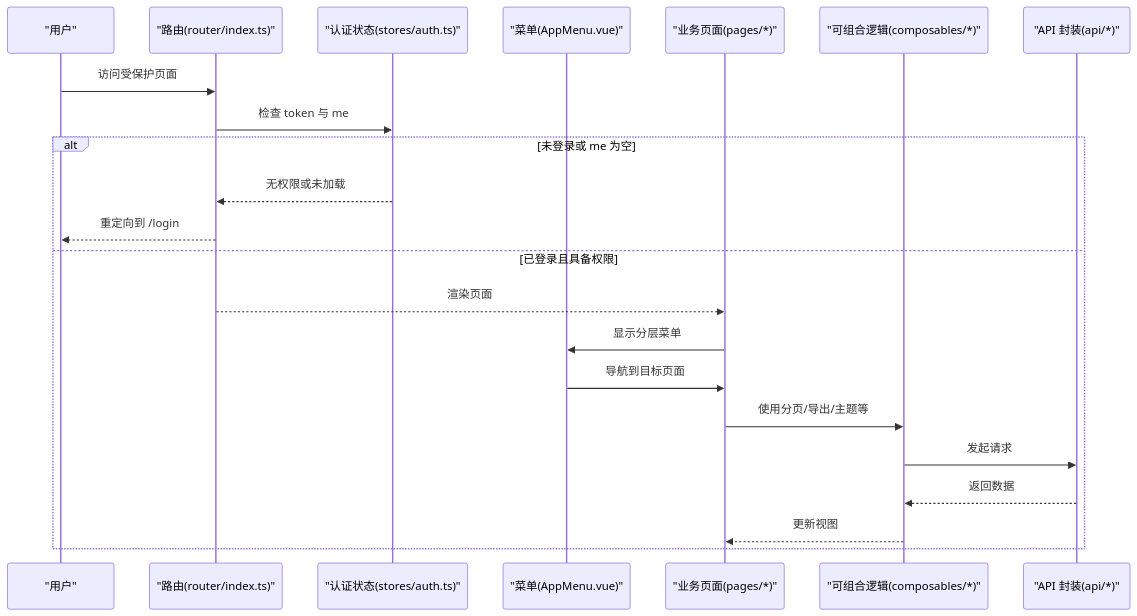
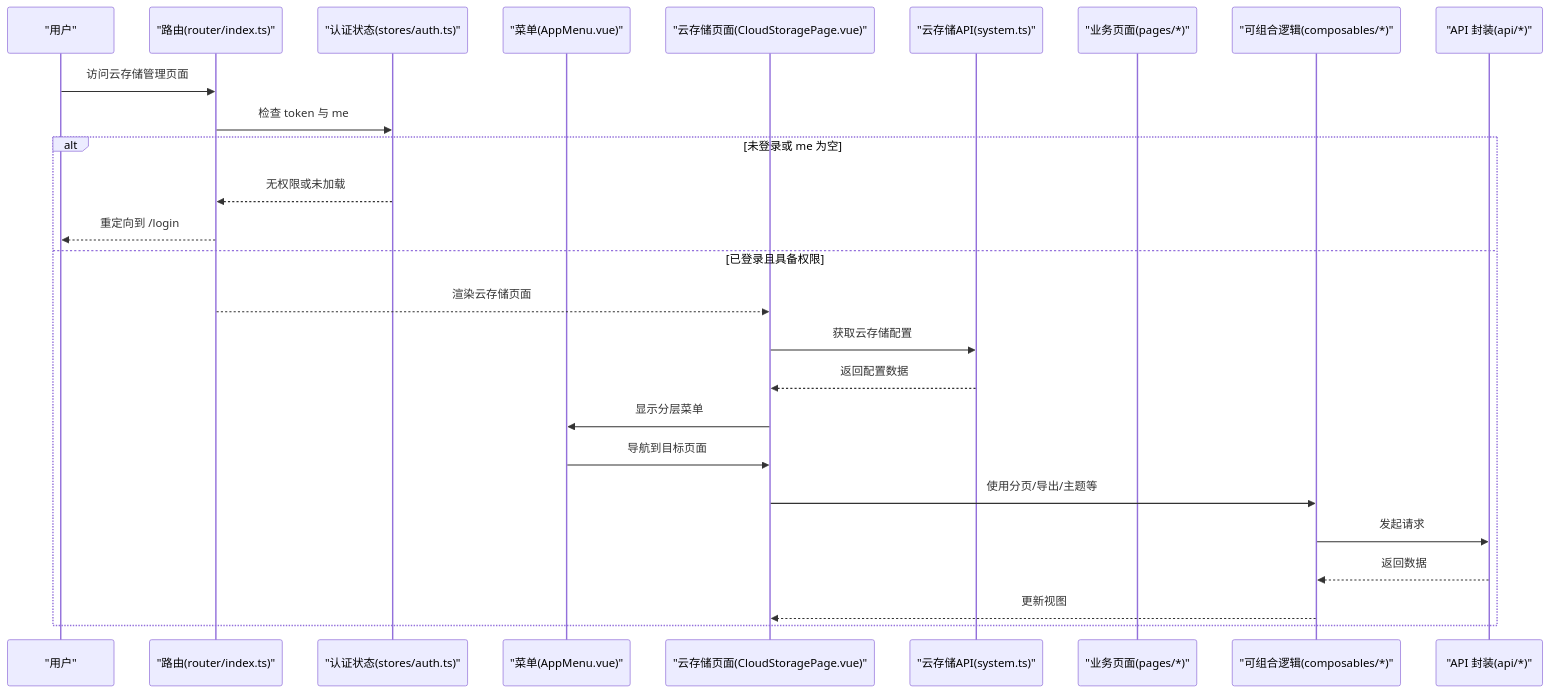
The second of 15 diagrams in .qoder/repowiki/zh/content/前端多端架构/PC 管理后台（frontend-admin-pro）.md (likele001/cenkor_mes), drawn with Mermaid before and after one commit. The commit also changed other lines of this file and 478 other files, not shown here.

````diff
--- a/.qoder/repowiki/zh/content/前端多端架构/PC 管理后台（frontend-admin-pro）.md
+++ b/.qoder/repowiki/zh/content/前端多端架构/PC 管理后台（frontend-admin-pro）.md
@@ -156,24 +171,28 @@
 ```mermaid
 sequenceDiagram
 participant User as "用户"
 participant Router as "路由(router/index.ts)"
 participant AuthStore as "认证状态(stores/auth.ts)"
 participant Menu as "菜单(AppMenu.vue)"
+participant CloudPage as "云存储页面(CloudStoragePage.vue)"
+participant CloudAPI as "云存储API(system.ts)"
 participant Page as "业务页面(pages/*)"
 participant Composable as "可组合逻辑(composables/*)"
 participant API as "API 封装(api/*)"
-User->>Router : 访问受保护页面
+User->>Router : 访问云存储管理页面
 Router->>AuthStore : 检查 token 与 me
 alt 未登录或 me 为空
 AuthStore-->>Router : 无权限或未加载
 Router-->>User : 重定向到 /login
 else 已登录且具备权限
-Router-->>Page : 渲染页面
-Page->>Menu : 显示分层菜单
-Menu->>Page : 导航到目标页面
-Page->>Composable : 使用分页/导出/主题等
+Router-->>CloudPage : 渲染云存储页面
+CloudPage->>CloudAPI : 获取云存储配置
+CloudAPI-->>CloudPage : 返回配置数据
+CloudPage->>Menu : 显示分层菜单
+Menu->>CloudPage : 导航到目标页面
+CloudPage->>Composable : 使用分页/导出/主题等
 Composable->>API : 发起请求
 API-->>Composable : 返回数据
-Composable-->>Page : 更新视图
+Composable-->>CloudPage : 更新视图
 end
 ```
````
